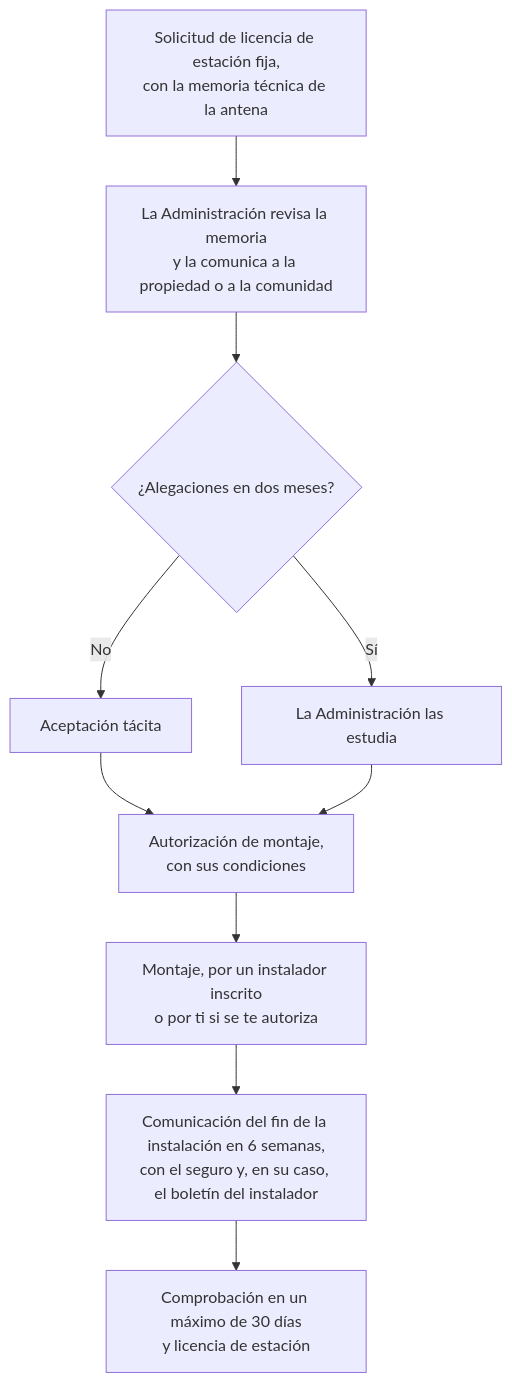
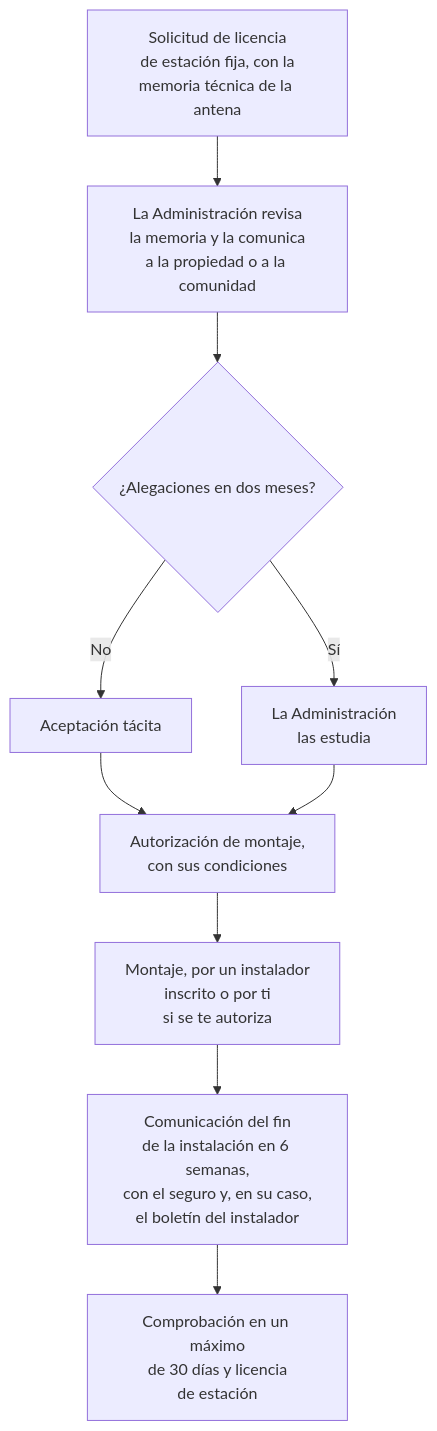
One commit to mshodai/manual-radioaficionado changed the diagram in docs/06-antenas-lineas.md. Above: the diagram before and after it, drawn with Mermaid. The commit also changed 33 other files, not shown here.

````diff
--- a/docs/06-antenas-lineas.md
+++ b/docs/06-antenas-lineas.md
@@ -503,12 +503,12 @@
 ```mermaid
 flowchart TD
-    A["Solicitud de licencia de estación fija,<br>con la memoria técnica de la antena"] --> B["La Administración revisa la memoria<br>y la comunica a la propiedad o a la comunidad"]
+    A["Solicitud de licencia<br>de estación fija, con la<br>memoria técnica de la antena"] --> B["La Administración revisa<br>la memoria y la comunica<br>a la propiedad o a la comunidad"]
     B --> C{"¿Alegaciones en dos meses?"}
     C -- No --> D["Aceptación tácita"]
-    C -- Sí --> E["La Administración las estudia"]
+    C -- Sí --> E["La Administración<br>las estudia"]
     D --> F["Autorización de montaje,<br>con sus condiciones"]
     E --> F
-    F --> G["Montaje, por un instalador inscrito<br>o por ti si se te autoriza"]
-    G --> H["Comunicación del fin de la instalación en 6 semanas,<br>con el seguro y, en su caso, el boletín del instalador"]
-    H --> I["Comprobación en un máximo de 30 días<br>y licencia de estación"]
+    F --> G["Montaje, por un instalador<br>inscrito o por ti<br>si se te autoriza"]
+    G --> H["Comunicación del fin<br>de la instalación en 6 semanas,<br>con el seguro y, en su caso,<br>el boletín del instalador"]
+    H --> I["Comprobación en un máximo<br>de 30 días y licencia<br>de estación"]
 ```
````
